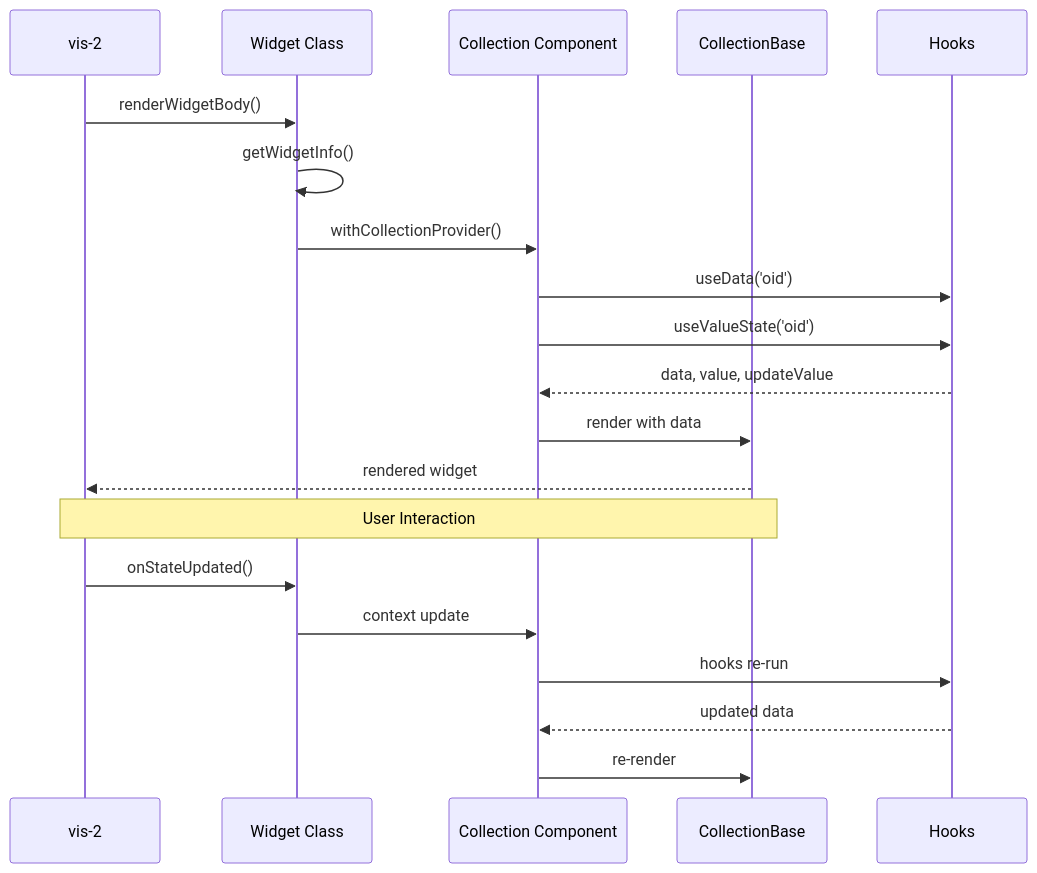
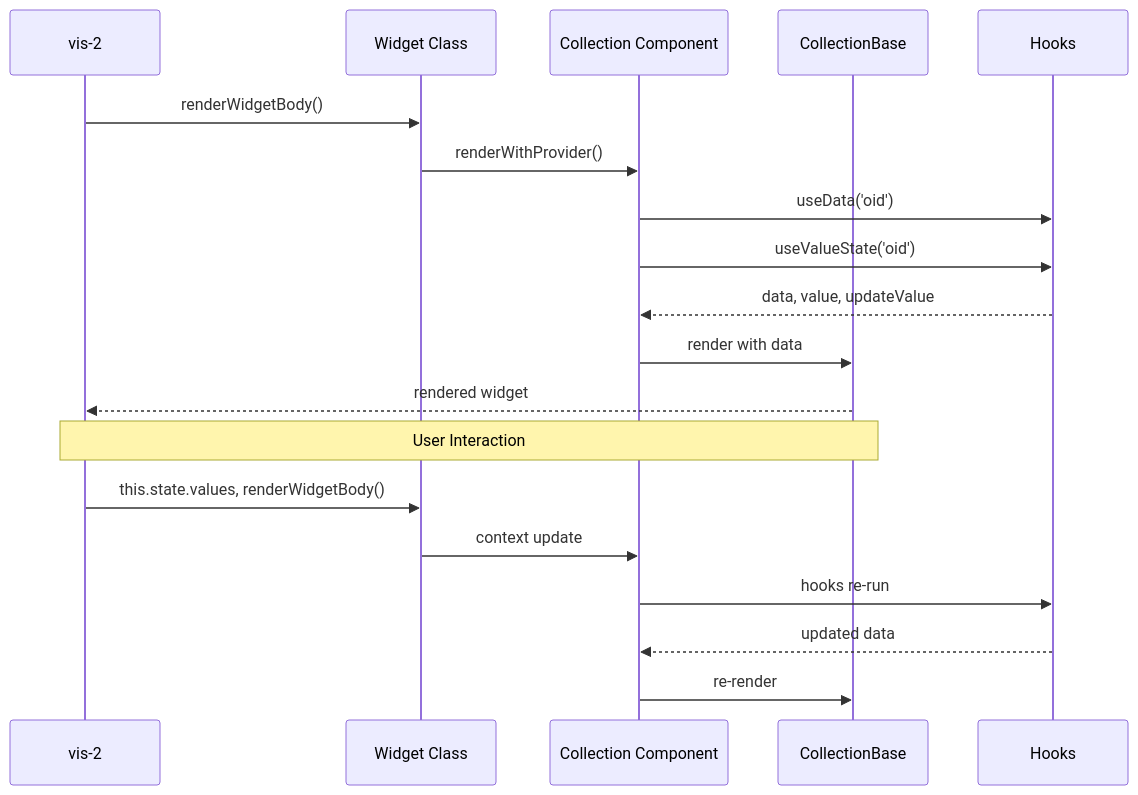
Before and after one commit to Steiger04/ioBroker.vis-2-widgets-collection: the diagram in src-widgets/src/types/docs/IMPLEMENT-NEW-WIDGET-GUIDE.md, drawn with Mermaid. The commit also changed other lines of this file and 17 other files, not shown here.

First line of the commit message:
refactor(widgets): inherit the instance getWidgetInfo and drop the no-ops

````diff
--- a/src-widgets/src/types/docs/IMPLEMENT-NEW-WIDGET-GUIDE.md
+++ b/src-widgets/src/types/docs/IMPLEMENT-NEW-WIDGET-GUIDE.md
@@ -303,24 +290,23 @@
 ```mermaid
 sequenceDiagram
     participant V as vis-2
     participant W as Widget Class
     participant C as Collection Component
     participant CB as CollectionBase
     participant H as Hooks
 
     V->>W: renderWidgetBody()
-    W->>W: getWidgetInfo()
-    W->>C: withCollectionProvider()
+    W->>C: renderWithProvider()
     C->>H: useData('oid')
     C->>H: useValueState('oid')
     H-->>C: data, value, updateValue
     C->>CB: render with data
     CB-->>V: rendered widget
 
     Note over V,CB: User Interaction
-    V->>W: onStateUpdated()
+    V->>W: this.state.values, renderWidgetBody()
     W->>C: context update
     C->>H: hooks re-run
     H-->>C: updated data
     C->>CB: re-render
 ```
````
